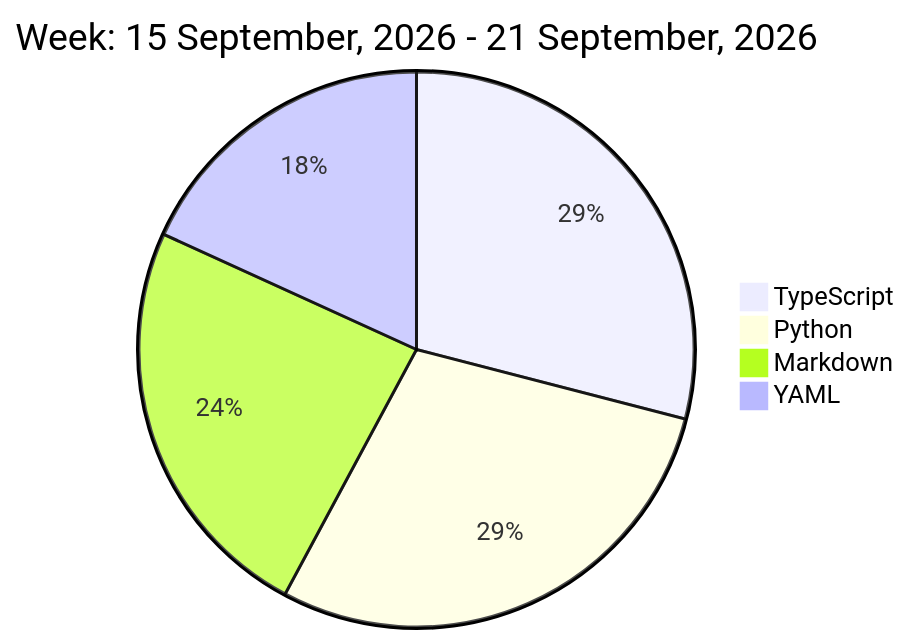
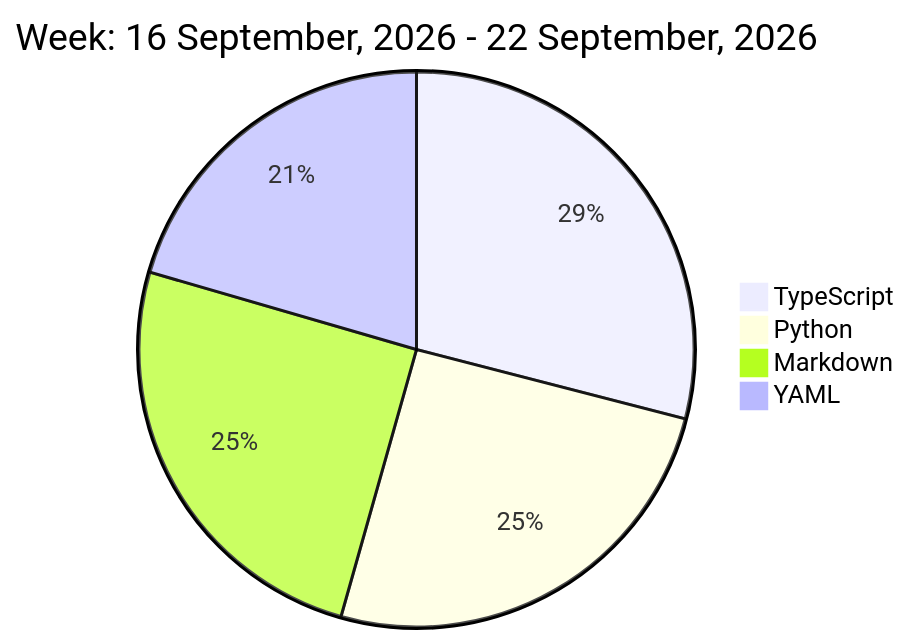
One commit to liubin95/liubin95 changed the diagram in README.md. Above: the diagram before and after it, drawn with Mermaid.

Commit message:
Updated the Graph with new Metrics

````diff
--- a/README.md
+++ b/README.md
@@ -32,8 +32,8 @@
 ```mermaid
  pie
-title Week: 15 September, 2026 - 21 September, 2026
- "TypeScript" : 4.18
- "Python" : 4.15
- "Markdown" : 3.45
- "YAML" : 2.62
+title Week: 16 September, 2026 - 22 September, 2026
+ "TypeScript" : 4.6
+ "Python" : 4.02
+ "Markdown" : 3.98
+ "YAML" : 3.25
 ```
````
